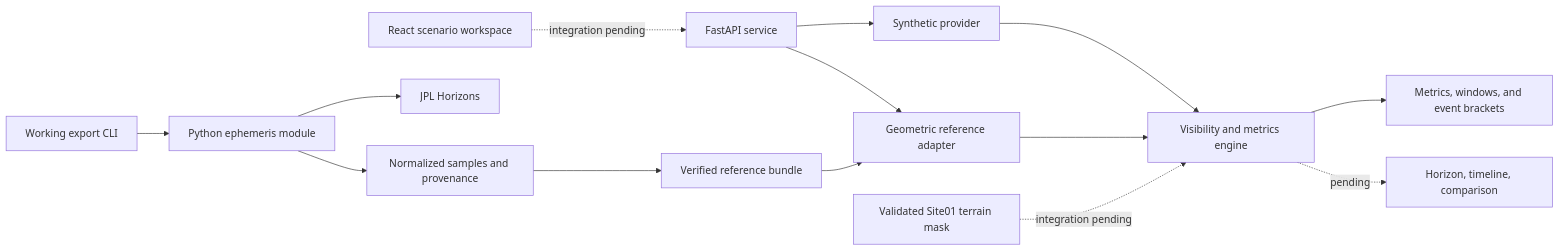
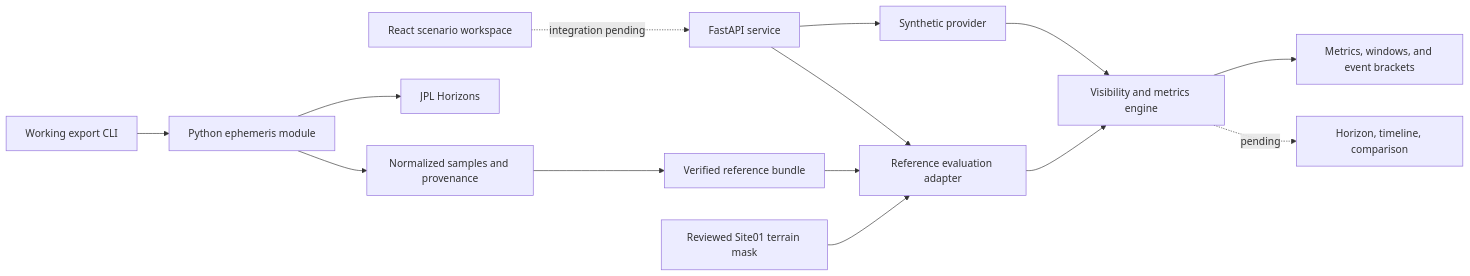
The diagram in docs/architecture.md (mihaicostache1/nasa-space-apps), drawn with Mermaid before and after one commit. The commit also changed other lines of this file and 15 other files, not shown here.

Commit message:
feat(backend): enable terrain-aware reference evaluations

````diff
--- a/docs/architecture.md
+++ b/docs/architecture.md
@@ -37,16 +37,16 @@
 ```mermaid
 flowchart LR
   UI[React scenario workspace] -. integration pending .-> API[FastAPI service]
   API --> Demo[Synthetic provider]
-  API --> Reference[Geometric reference adapter]
+  API --> Reference[Reference evaluation adapter]
   Archive[Verified reference bundle] --> Reference
   Reference --> Domain
   Demo --> Domain[Visibility and metrics engine]
   Domain --> Result[Metrics, windows, and event brackets]
   CLI[Working export CLI] --> Provider[Python ephemeris module]
   Provider --> Horizons[JPL Horizons]
   Provider --> Data[Normalized samples and provenance]
   Data --> Archive
-  Mask[Validated Site01 terrain mask] -. integration pending .-> Domain
+  Mask[Reviewed Site01 terrain mask] --> Reference
   Domain -. pending .-> Views[Horizon, timeline, comparison]
 ```
````
